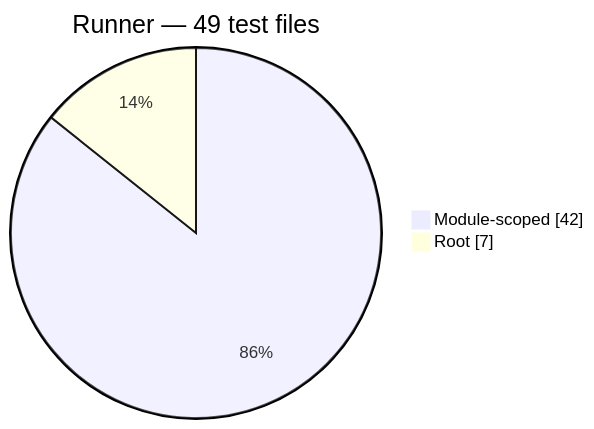
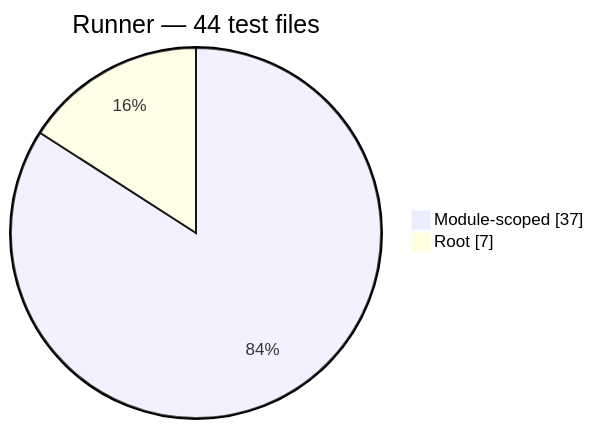
The ninth of 12 diagrams in docs/generated/test-composition.md (Mohammed-Alama/php-arazzo), drawn with Mermaid before and after one commit. The commit also changed other lines of this file and 102 other files, not shown here.

````diff
--- a/docs/generated/test-composition.md
+++ b/docs/generated/test-composition.md
@@ -120,6 +120,6 @@
 ```mermaid
 pie showData
-    title Runner — 49 test files
-    "Module-scoped": 42
+    title Runner — 44 test files
+    "Module-scoped": 37
     "Root": 7
 ```
````
